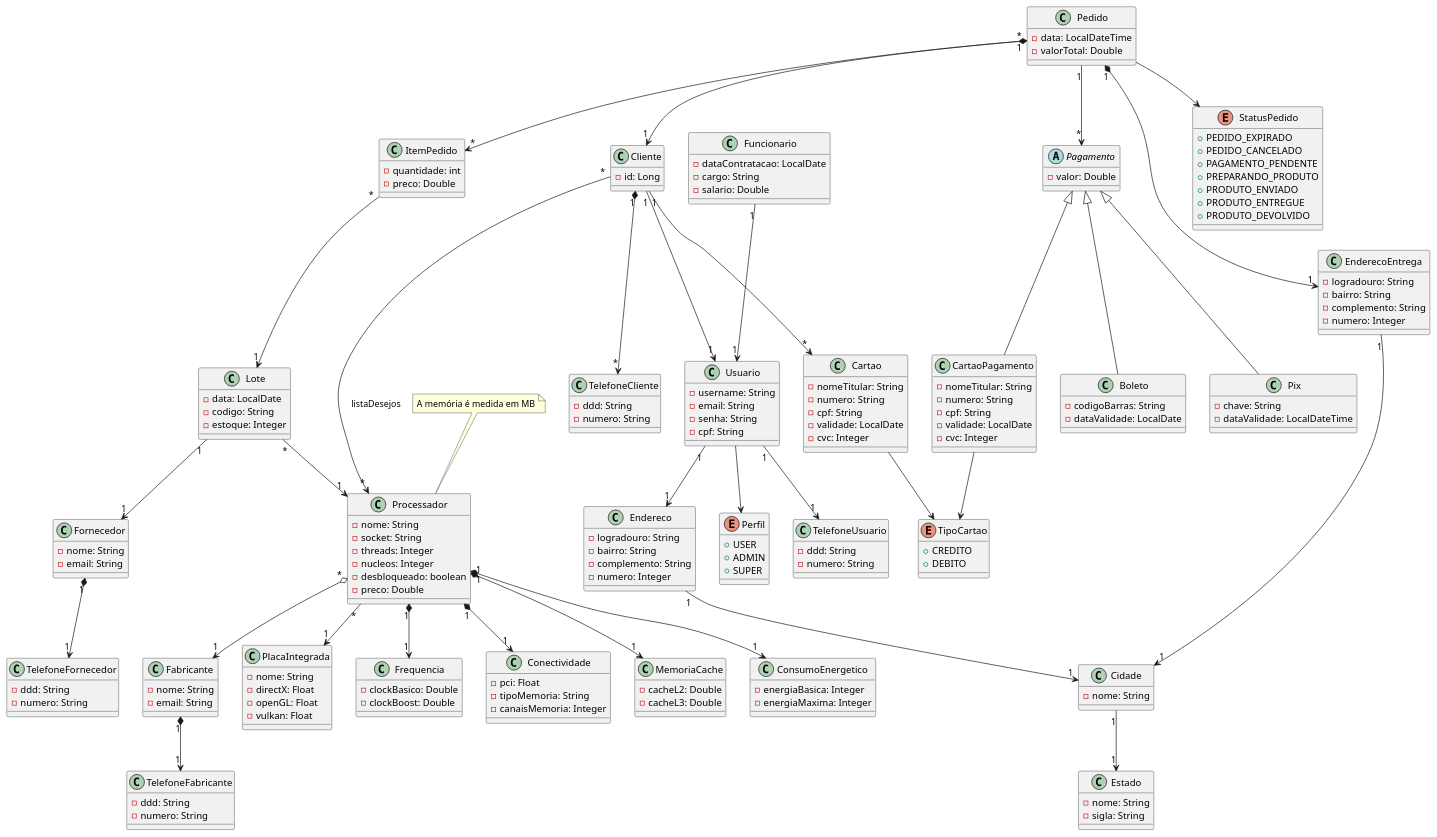
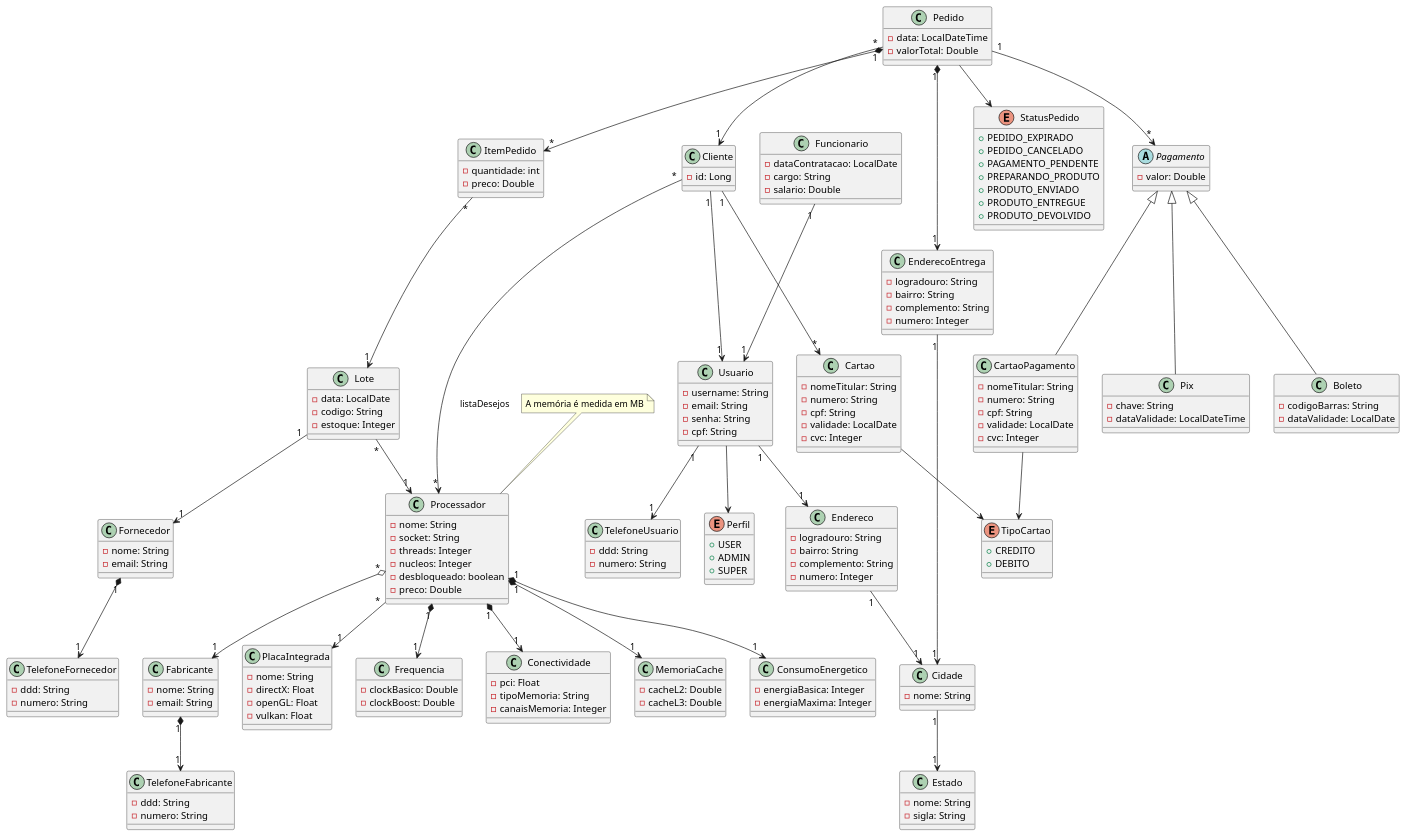
Before and after one commit to gustavo-oli-silva/irondragon: the diagram in modelo.plantuml, drawn with PlantUML. The commit also changed 1 other file, not shown here.

```diff
--- a/modelo.plantuml
+++ b/modelo.plantuml
@@ -29,8 +29,8 @@
 class PlacaIntegrada {
     - nome: String
     - directX: Float
-    - openGL: Float 
-    - vulkan: Float 
+    - openGL: Float
+    - vulkan: Float
 }
 
 class Usuario {
@@ -75,7 +75,7 @@
 }
 
 abstract class Pagamento {
-    - valor: Double 
+    - valor: Double
 }
 
 class Pix extends Pagamento {
@@ -84,7 +84,7 @@
 }
 
 class Boleto extends Pagamento {
-    - codigoBarras: String 
+    - codigoBarras: String
     - dataValidade: LocalDate
 }
 
@@ -99,39 +99,34 @@
 class CartaoPagamento extends Pagamento {
     - nomeTitular: String
     - numero: String
-    - cpf: String 
+    - cpf: String
     - validade: LocalDate
     - cvc: Integer
 }
 
 class Frequencia {
-    - clockBasico: Double 
-    - clockBoost: Double 
+    - clockBasico: Double
+    - clockBoost: Double
 }
 
 class Conectividade {
-    - pci: Float 
-    - tipoMemoria: String 
+    - pci: Float
+    - tipoMemoria: String
     - canaisMemoria: Integer
 }
 
 class MemoriaCache {
-    - cacheL2: Double 
-    - cacheL3: Double 
+    - cacheL2: Double
+    - cacheL3: Double
 }
 
 class ConsumoEnergetico {
-    - energiaBasica: Integer 
+    - energiaBasica: Integer
     - energiaMaxima: Integer
 }
 
-class TelefoneCliente {
-    - ddd: String 
-    - numero: String
-}
-
 class TelefoneFabricante {
-    - ddd: String 
+    - ddd: String
     - numero: String
 }
 
@@ -191,7 +186,6 @@
 Lote "1" --> "1" Fornecedor
 
 Cliente "*" --> "*" Processador: listaDesejos
-Cliente "1" *--> "*" TelefoneCliente
 Cliente "1" --> "1" Usuario
 Cliente "1" --> "*" Cartao
 
```
